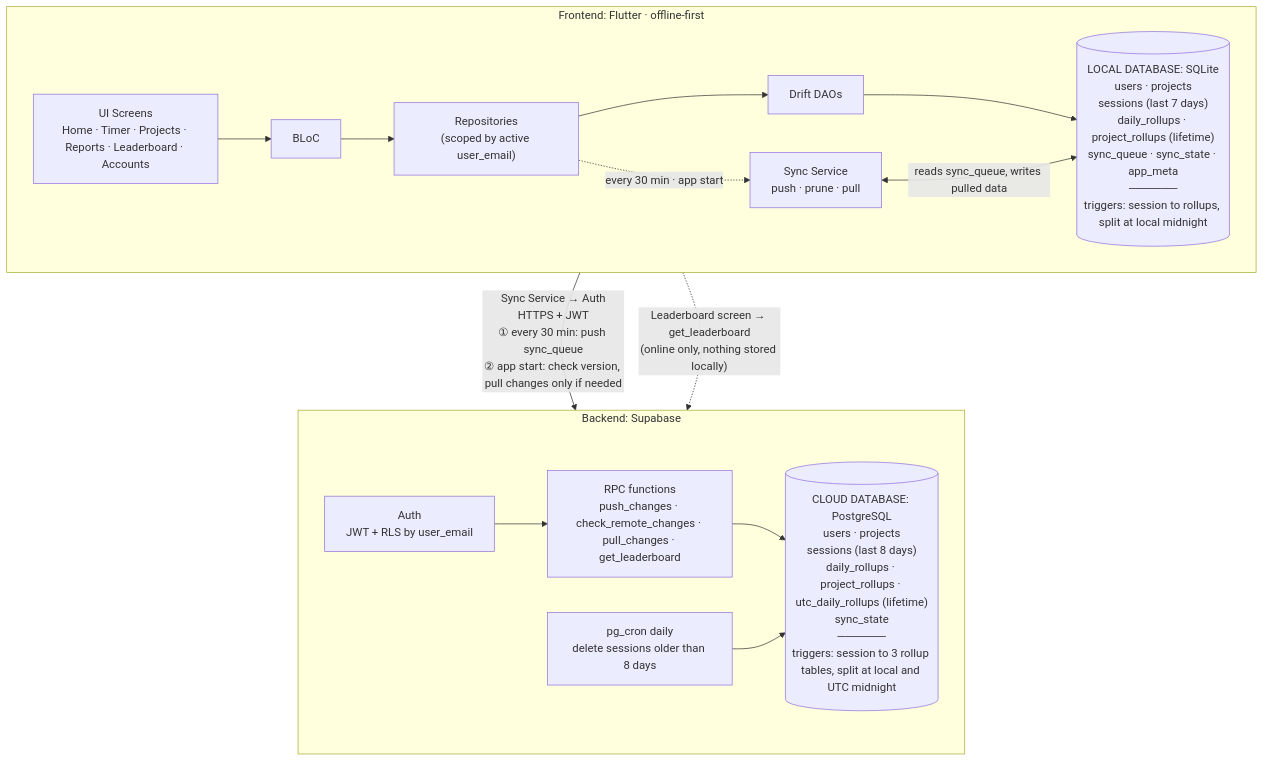
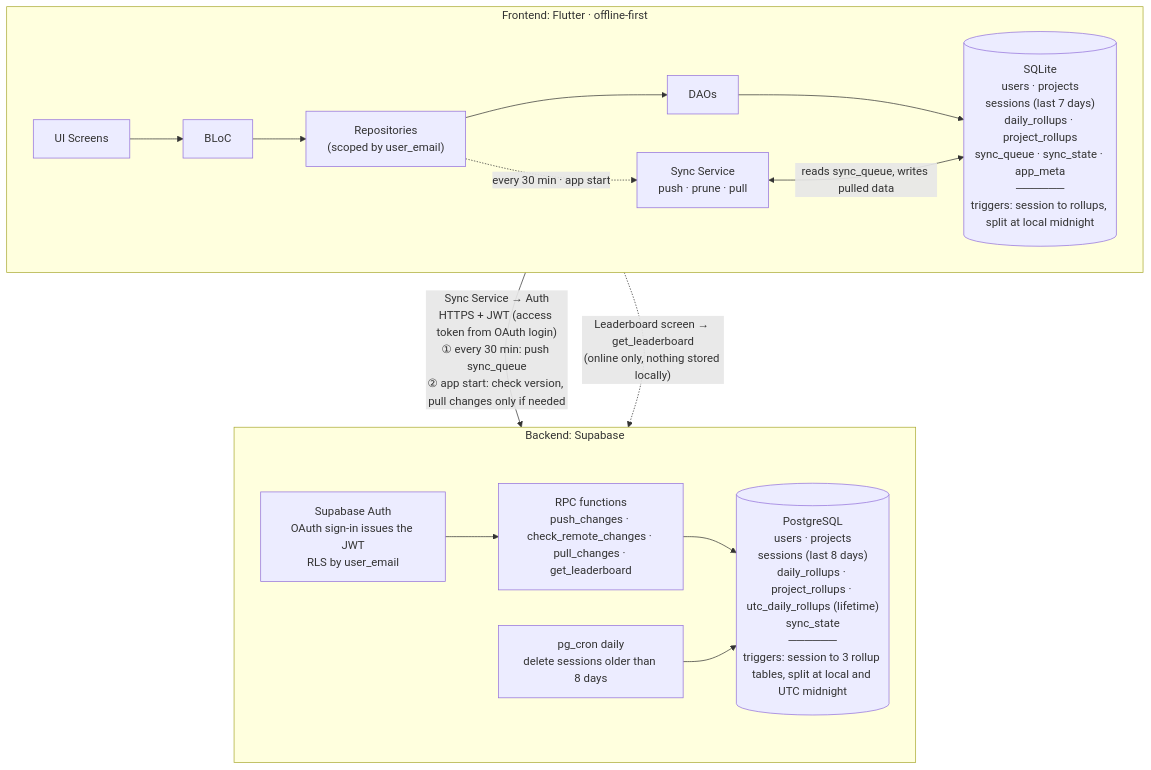
One commit to sardaar-niamotullah/tarkeez changed the first of 3 diagrams in README.md. Above: the diagram before and after it, drawn with Mermaid.

Commit message:
doc: make architecture diagram more clean

````diff
--- a/README.md
+++ b/README.md
@@ -52,18 +52,18 @@
 ```mermaid
 flowchart TB
   subgraph APP["Frontend: Flutter · offline-first"]
     direction LR
-    UI["UI Screens<br/>Home · Timer · Projects · Reports · Leaderboard · Accounts"] --> BLOC["BLoC"] --> REPO["Repositories<br/>(scoped by active user_email)"] --> DAO["Drift DAOs"] --> LDB[("LOCAL DATABASE: SQLite<br/>users · projects<br/>sessions (last 7 days)<br/>daily_rollups · project_rollups (lifetime)<br/>sync_queue · sync_state · app_meta<br/>──────<br/>triggers: session to rollups, split at local midnight")]
+    UI["UI Screens"] --> BLOC["BLoC"] --> REPO["Repositories<br/>(scoped by user_email)"] --> DAO["DAOs"] --> LDB[("SQLite<br/>users · projects<br/>sessions (last 7 days)<br/>daily_rollups · project_rollups<br/>sync_queue · sync_state · app_meta<br/>──────<br/>triggers: session to rollups, split at local midnight")]
     REPO -.->|"every 30 min · app start"| SYNC["Sync Service<br/>push · prune · pull"]
     SYNC <-->|"reads sync_queue, writes pulled data"| LDB
   end
 
   subgraph CLOUD["Backend: Supabase"]
     direction LR
-    AUTH["Auth<br/>JWT + RLS by user_email"] --> RPC["RPC functions<br/>push_changes · check_remote_changes · pull_changes · get_leaderboard"] --> CDB[("CLOUD DATABASE: PostgreSQL<br/>users · projects<br/>sessions (last 8 days)<br/>daily_rollups · project_rollups · utc_daily_rollups (lifetime)<br/>sync_state<br/>──────<br/>triggers: session to 3 rollup tables, split at local and UTC midnight")]
+    AUTH["Supabase Auth<br/>OAuth sign-in issues the JWT<br/>RLS by user_email"] --> RPC["RPC functions<br/>push_changes · check_remote_changes · pull_changes · get_leaderboard"] --> CDB[("PostgreSQL<br/>users · projects<br/>sessions (last 8 days)<br/>daily_rollups · project_rollups · utc_daily_rollups (lifetime)<br/>sync_state<br/>──────<br/>triggers: session to 3 rollup tables, split at local and UTC midnight")]
     CRON["pg_cron daily<br/>delete sessions older than 8 days"] --> CDB
   end
 
-  APP -->|"Sync Service → Auth<br/>HTTPS + JWT<br/>① every 30 min: push sync_queue<br/>② app start: check version, pull changes only if needed"| CLOUD
+  APP -->|"Sync Service → Auth<br/>HTTPS + JWT (access token from OAuth login)<br/>① every 30 min: push sync_queue<br/>② app start: check version, pull changes only if needed"| CLOUD
   APP -.->|"Leaderboard screen → get_leaderboard<br/>(online only, nothing stored locally)"| CLOUD
 ```
````
